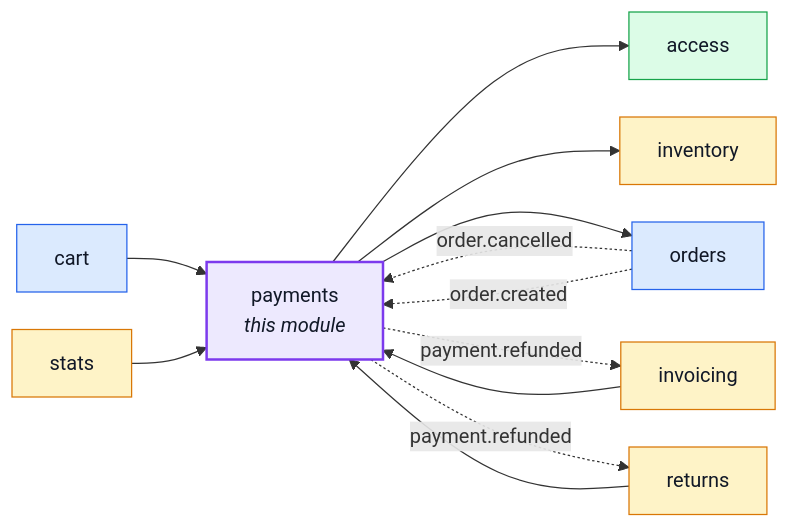
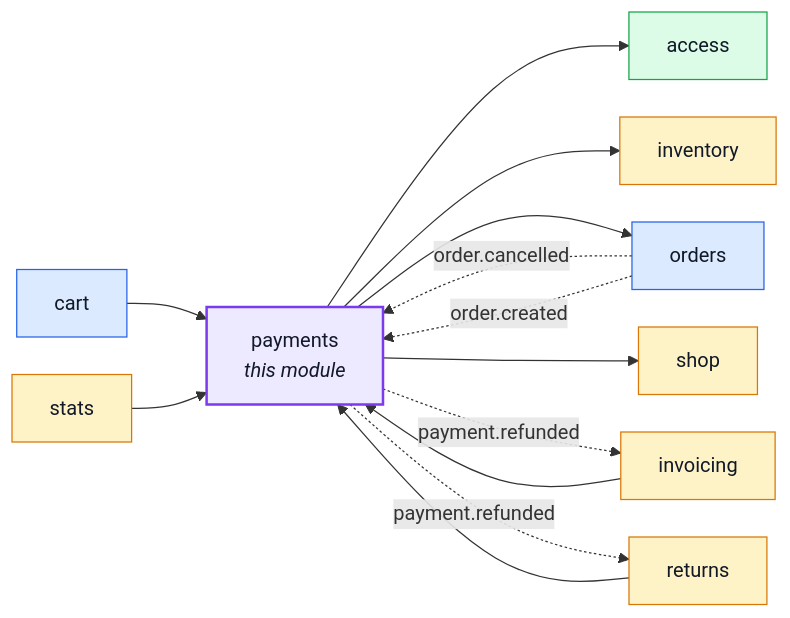
Before and after one commit to Guebbit/boilerplate-node-backend: the first of 12 diagrams in docs/modules/payments.md, drawn with Mermaid. The commit also changed 2 other files, not shown here.

Commit message:
docs(payments): regenerate the dependency lists for payments reading the shop zone

````diff
--- a/docs/modules/payments.md
+++ b/docs/modules/payments.md
@@ -16,33 +16,35 @@
 ```mermaid
 %%{init: {'flowchart': {'nodeSpacing': 30, 'rankSpacing': 60}}}%%
 flowchart LR
     payments["payments<br/><i>this module</i>"]
     access["access"]
     cart["cart"]
     inventory["inventory"]
     invoicing["invoicing"]
     orders["orders"]
     returns["returns"]
+    shop["shop"]
     stats["stats"]
 
     cart --> payments
     invoicing --> payments
     returns --> payments
     stats --> payments
     payments --> access
     payments --> inventory
     payments --> orders
+    payments --> shop
     orders -. "order.cancelled" .-> payments
     orders -. "order.created" .-> payments
     payments -. "payment.refunded" .-> invoicing
     payments -. "payment.refunded" .-> returns
 
     classDef core fill:#dbeafe,stroke:#2563eb,color:#111827;
     classDef supporting fill:#fef3c7,stroke:#d97706,color:#111827;
     classDef generic fill:#dcfce7,stroke:#16a34a,color:#111827;
     classDef centre fill:#ede9fe,stroke:#7c3aed,stroke-width:2px,color:#111827;
     class cart,orders core;
-    class inventory,invoicing,returns,stats supporting;
+    class inventory,invoicing,returns,shop,stats supporting;
     class access generic;
     class payments centre;
 ```
````
